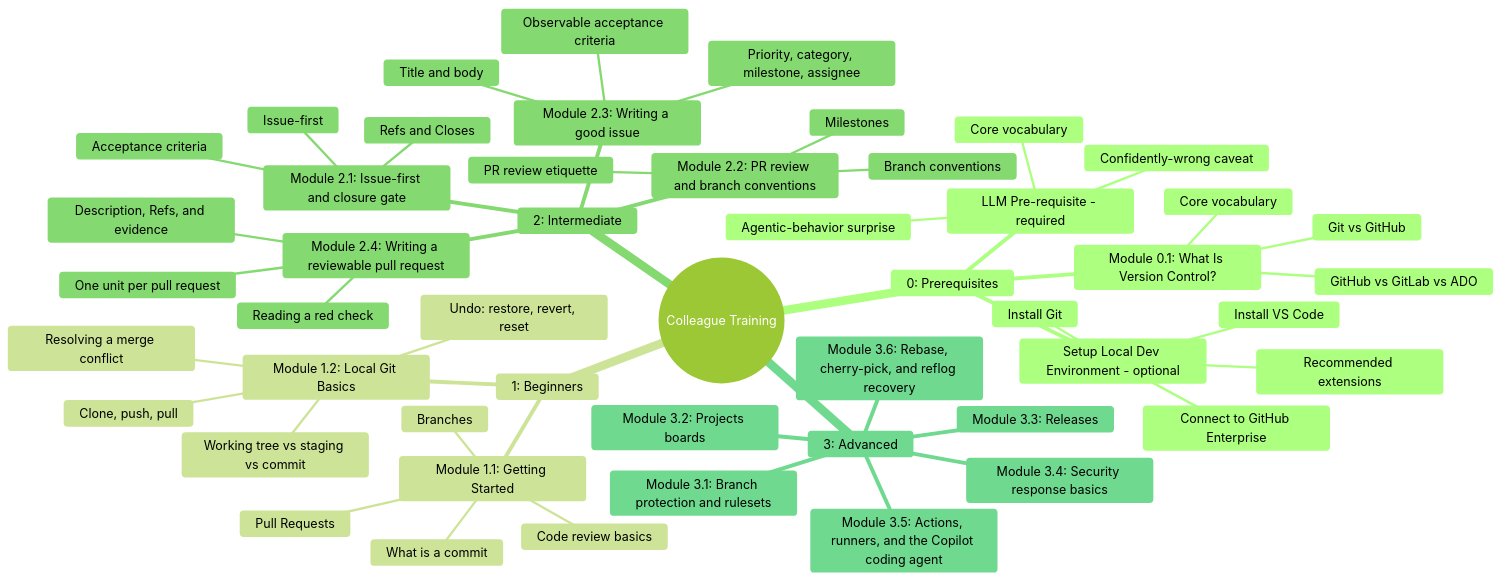
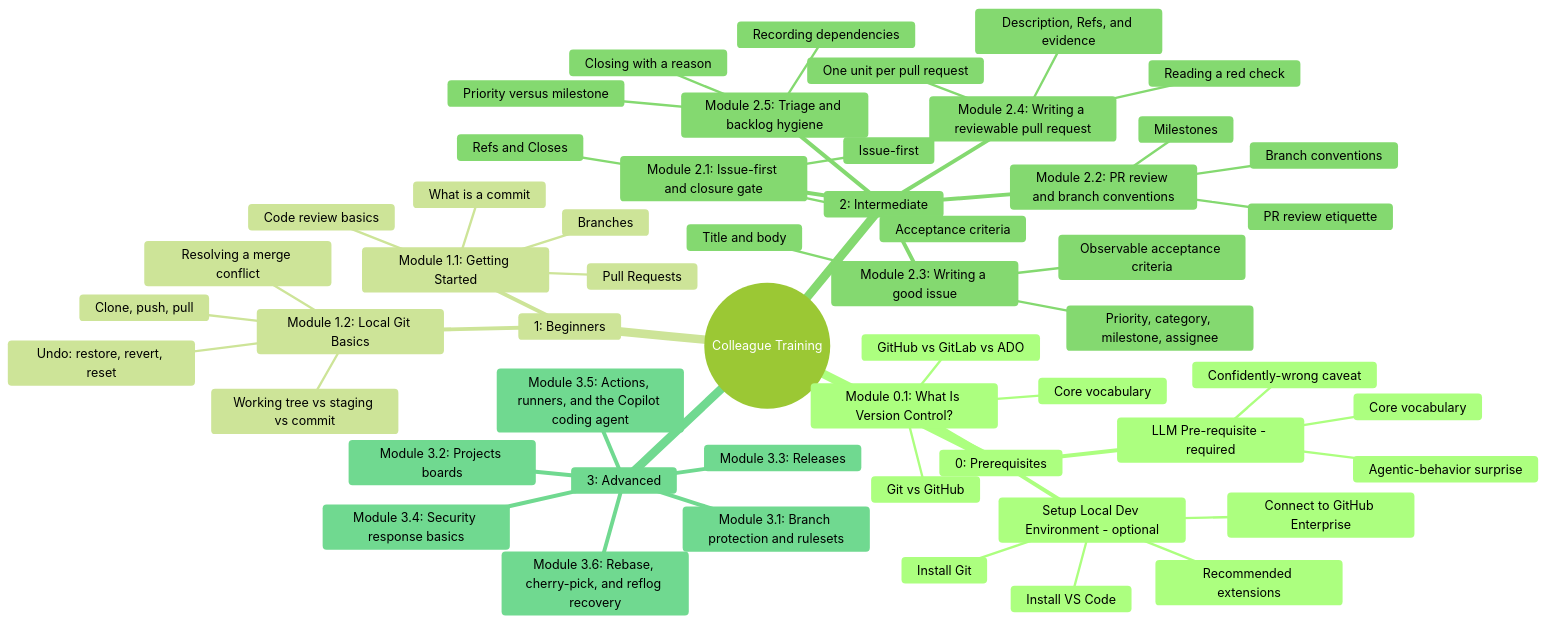
One commit to JeanKadang/DOC-GitHub-Practice-Skills changed the second of 2 diagrams in education/README.md. Above: the diagram before and after it, drawn with Mermaid (forest theme). The commit also changed other lines of this file and 3 other files, not shown here.

First line of the commit message:
docs: add Module 2.5, triage and backlog hygiene

````diff
--- a/education/README.md
+++ b/education/README.md
@@ -100,53 +102,57 @@
 ```mermaid
 mindmap
   root((Colleague Training))
     0: Prerequisites
       Module 0.1: What Is Version Control?
         Git vs GitHub
         Core vocabulary
         GitHub vs GitLab vs ADO
       LLM Pre-requisite - required
         Core vocabulary
         Agentic-behavior surprise
         Confidently-wrong caveat
       Setup Local Dev Environment - optional
         Install Git
         Install VS Code
         Connect to GitHub Enterprise
         Recommended extensions
     1: Beginners
       Module 1.1: Getting Started
         What is a commit
         Branches
         Pull Requests
         Code review basics
       Module 1.2: Local Git Basics
         Working tree vs staging vs commit
         Clone, push, pull
         Resolving a merge conflict
         Undo: restore, revert, reset
     2: Intermediate
       Module 2.1: Issue-first and closure gate
         Issue-first
         Refs and Closes
         Acceptance criteria
       Module 2.2: PR review and branch conventions
         PR review etiquette
         Branch conventions
         Milestones
       Module 2.3: Writing a good issue
         Title and body
         Observable acceptance criteria
         Priority, category, milestone, assignee
       Module 2.4: Writing a reviewable pull request
         One unit per pull request
         Description, Refs, and evidence
         Reading a red check
+      Module 2.5: Triage and backlog hygiene
+        Priority versus milestone
+        Recording dependencies
+        Closing with a reason
     3: Advanced
       Module 3.1: Branch protection and rulesets
       Module 3.2: Projects boards
       Module 3.3: Releases
       Module 3.4: Security response basics
       Module 3.5: Actions, runners, and the Copilot coding agent
       Module 3.6: Rebase, cherry-pick, and reflog recovery
 ```
````
